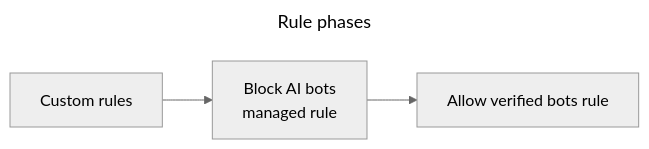
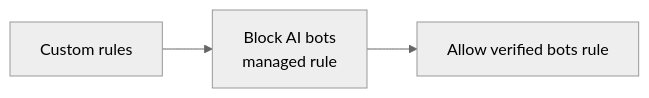
One commit to rdhanarot/cloudflare-docs changed the diagram in src/content/docs/bots/concepts/bot/index.mdx. Above: the diagram before and after it, drawn with Mermaid (neutral theme). The commit also changed 1 other file, not shown here.

Commit message:
mermaid diagram titles (#28120)

````diff
--- a/src/content/docs/bots/concepts/bot/index.mdx
+++ b/src/content/docs/bots/concepts/bot/index.mdx
@@ -69,9 +69,6 @@
 ```mermaid
----
-title: Rule phases
----
 flowchart LR
 accTitle: AI bots rule phases diagram
 accDescr: This diagram details the phases in which AI bots rules run.
 A[Custom rules] --> B[Block AI bots<br>managed rule] --> C[Allow verified bots rule]
 ```
````
